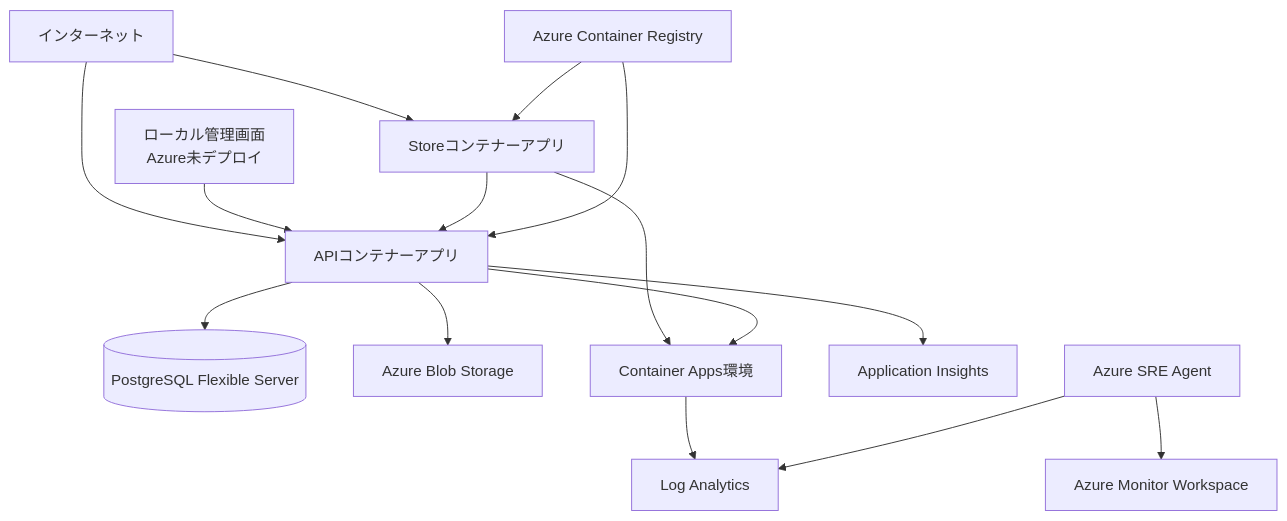
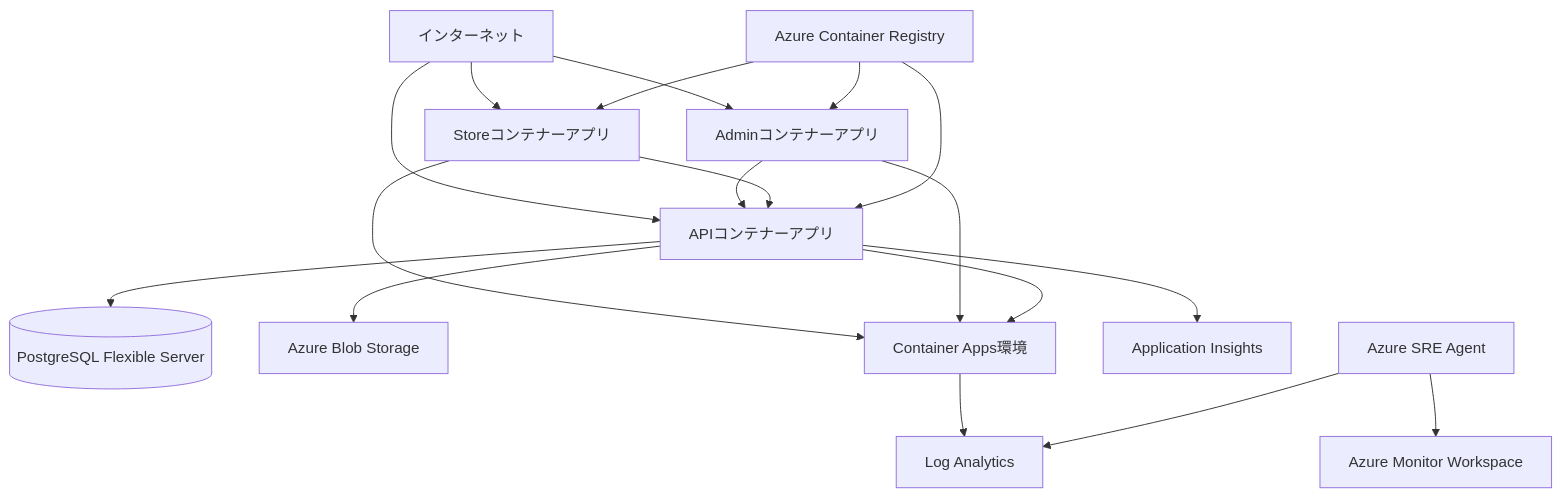
The second of 2 diagrams in docs/system-overview.md (mahya8585/SRE-agent-demo), drawn with Mermaid before and after one commit. The commit also changed other lines of this file and 11 other files, not shown here.

````diff
--- a/docs/system-overview.md
+++ b/docs/system-overview.md
@@ -173,17 +173,20 @@
 ```mermaid
 flowchart TB
   Internet[インターネット] --> StoreCA[Storeコンテナーアプリ]
+  Internet --> AdminCA[Adminコンテナーアプリ]
   Internet --> ApiCA[APIコンテナーアプリ]
-    AdminLocal[ローカル管理画面\nAzure未デプロイ] --> ApiCA
+    AdminCA --> ApiCA
     StoreCA --> ApiCA
     ApiCA --> PG[(PostgreSQL Flexible Server)]
     ApiCA --> Blob[Azure Blob Storage]
     ACR[Azure Container Registry] --> StoreCA
+    ACR --> AdminCA
     ACR --> ApiCA
     StoreCA --> CAE[Container Apps環境]
+    AdminCA --> CAE
     ApiCA --> CAE
     CAE --> LAW[Log Analytics]
     ApiCA --> AI[Application Insights]
     SRE[Azure SRE Agent] --> AMW[Azure Monitor Workspace]
     SRE --> LAW
 ```
````
